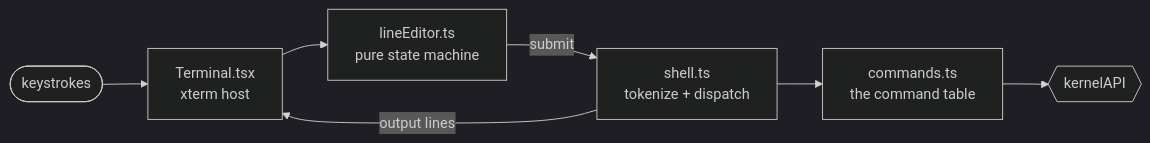
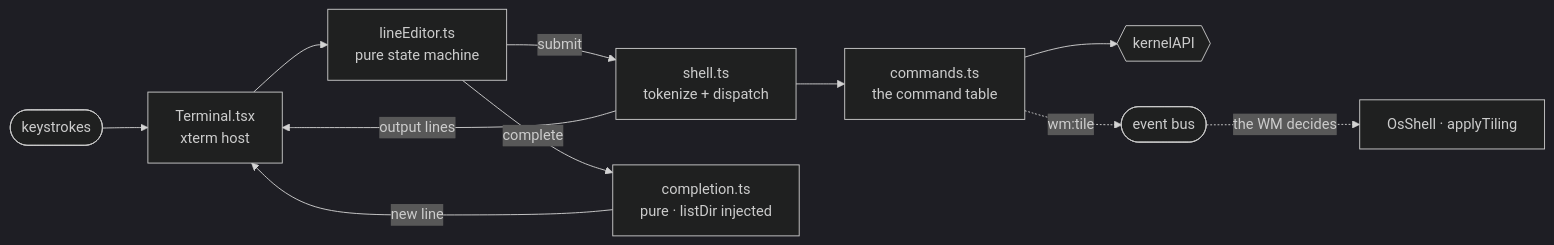
One commit to ijohnkojo/portfolio changed the sixth of 7 diagrams in docs/architecture.md. Above: the diagram before and after it, drawn with Mermaid (dark theme). The commit also changed other lines of this file and 20 other files, not shown here.

First line of the commit message:
Tiling and tab completion — Phase 2 complete

````diff
--- a/docs/architecture.md
+++ b/docs/architecture.md
@@ -408,9 +420,13 @@
 ```mermaid
 flowchart LR
     KEYS(["keystrokes"]) --> TERM["Terminal.tsx<br/>xterm host"]
     TERM --> LE["lineEditor.ts<br/>pure state machine"]
     LE -- "submit" --> SH["shell.ts<br/>tokenize + dispatch"]
+    LE -- "complete" --> COMP["completion.ts<br/>pure · listDir injected"]
+    COMP -- "new line" --> TERM
     SH --> CMD["commands.ts<br/>the command table"]
     CMD --> API{{"kernelAPI"}}
+    CMD -. "wm:tile" .-> BUS(["event bus"])
+    BUS -. "the WM decides" .-> WM["OsShell · applyTiling"]
     SH -- "output lines" --> TERM
 ```
````
